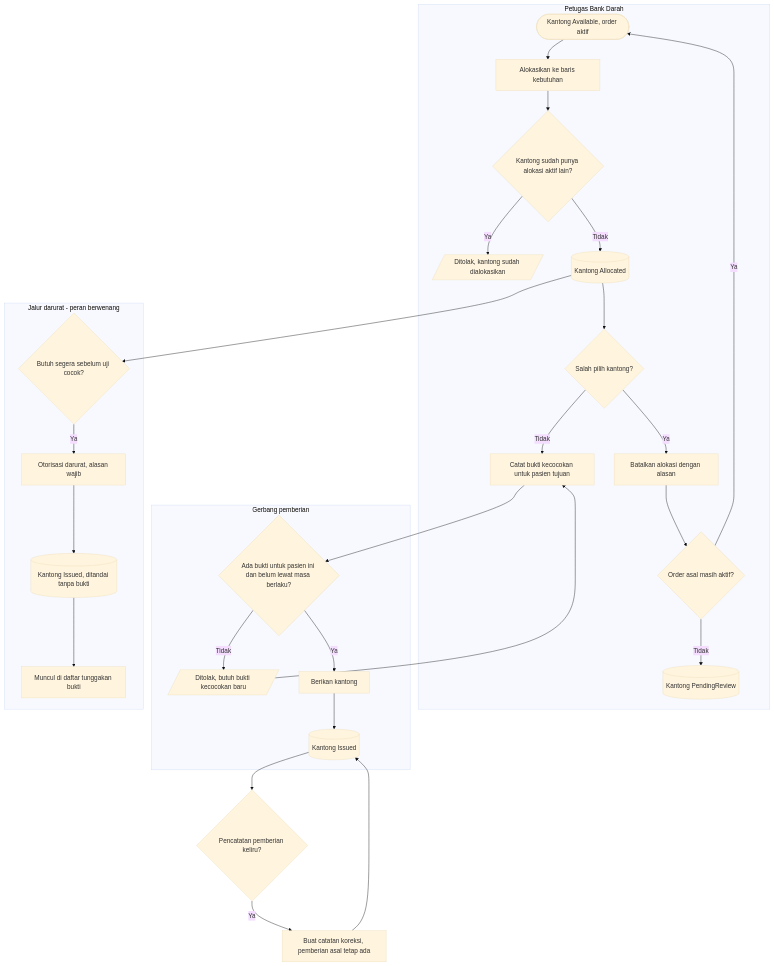
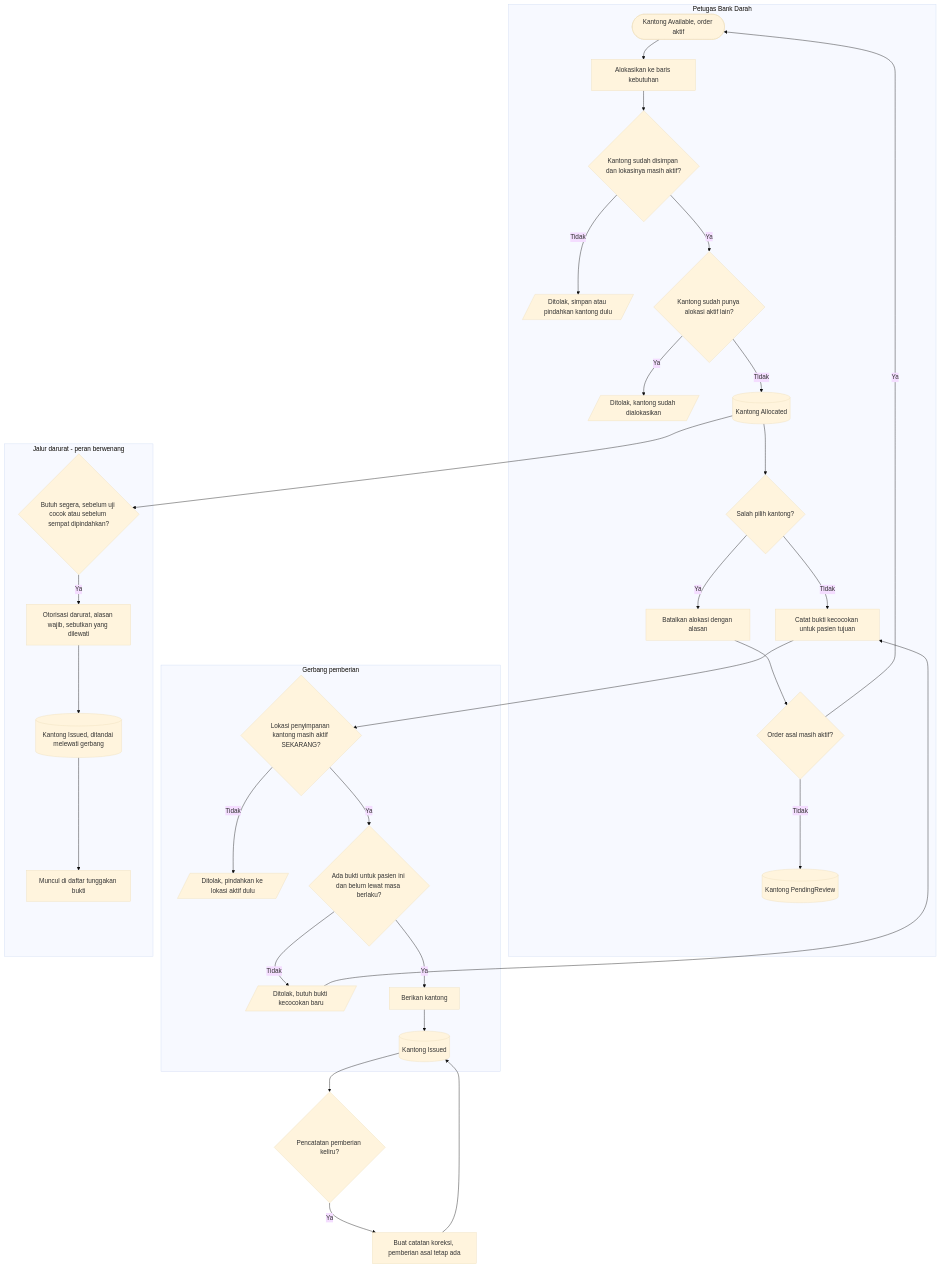
One commit to DevBenari/NewQuilvianSystemBackend changed the diagram in docs/module-blueprints/bank-darah/flowcharts/alokasi-dan-pemberian.md. Above: the diagram before and after it, drawn with Mermaid (base theme). The commit also changed other lines of this file and 15 other files, not shown here.

````diff
--- a/docs/module-blueprints/bank-darah/flowcharts/alokasi-dan-pemberian.md
+++ b/docs/module-blueprints/bank-darah/flowcharts/alokasi-dan-pemberian.md
@@ -3,31 +3,35 @@
 ```mermaid
 flowchart TD
     subgraph bdrs[Petugas Bank Darah]
         A([Kantong Available, order aktif]) --> B[Alokasikan ke baris kebutuhan]
-        B --> C{Kantong sudah punya alokasi aktif lain?}
+        B --> B1{Kantong sudah disimpan dan lokasinya masih aktif?}
+        B1 -- Tidak --> B2[/Ditolak, simpan atau pindahkan kantong dulu/]
+        B1 -- Ya --> C{Kantong sudah punya alokasi aktif lain?}
         C -- Ya --> C1[/Ditolak, kantong sudah dialokasikan/]
         C -- Tidak --> D[(Kantong Allocated)]
         D --> E{Salah pilih kantong?}
         E -- Ya --> F[Batalkan alokasi dengan alasan]
         F --> G{Order asal masih aktif?}
         G -- Ya --> A
         G -- Tidak --> H[(Kantong PendingReview)]
         E -- Tidak --> I[Catat bukti kecocokan untuk pasien tujuan]
     end
     subgraph gerbang[Gerbang pemberian]
-        I --> J{Ada bukti untuk pasien ini dan belum lewat masa berlaku?}
+        I --> J0{Lokasi penyimpanan kantong masih aktif SEKARANG?}
+        J0 -- Tidak --> J2[/Ditolak, pindahkan ke lokasi aktif dulu/]
+        J0 -- Ya --> J{Ada bukti untuk pasien ini dan belum lewat masa berlaku?}
         J -- Tidak --> J1[/Ditolak, butuh bukti kecocokan baru/]
         J1 --> I
         J -- Ya --> K[Berikan kantong]
         K --> L[(Kantong Issued)]
     end
     subgraph darurat[Jalur darurat - peran berwenang]
-        D --> M{Butuh segera sebelum uji cocok?}
-        M -- Ya --> N[Otorisasi darurat, alasan wajib]
-        N --> O[(Kantong Issued, ditandai tanpa bukti)]
+        D --> M{Butuh segera, sebelum uji cocok atau sebelum sempat dipindahkan?}
+        M -- Ya --> N[Otorisasi darurat, alasan wajib, sebutkan yang dilewati]
+        N --> O[(Kantong Issued, ditandai melewati gerbang)]
         O --> P[Muncul di daftar tunggakan bukti]
     end
     L --> Q{Pencatatan pemberian keliru?}
     Q -- Ya --> R[Buat catatan koreksi, pemberian asal tetap ada]
     R --> L
 ```
````
